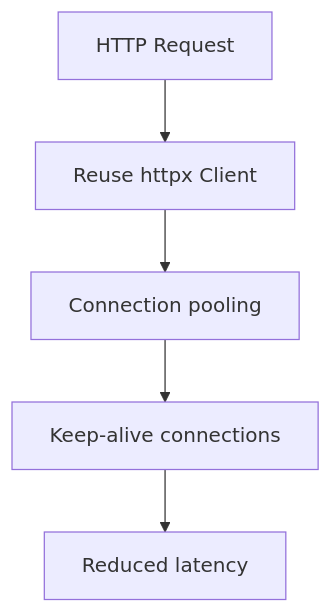
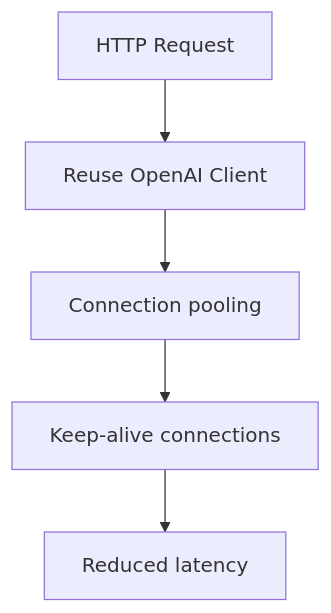
One commit to jslorrma/litellm-codex-oauth-provider changed diagram 18 of 18 in docs/codex-api-integration.md. Above: the diagram before and after it, drawn with Mermaid. The commit also changed other lines of this file and 3 other files, not shown here.

First line of the commit message:
docs: update documentation for OpenAI client architecture

````diff
--- a/docs/codex-api-integration.md
+++ b/docs/codex-api-integration.md
@@ -378,7 +559,7 @@
 ```mermaid
 graph TD
-    A[HTTP Request] --> B[Reuse httpx Client]
+    A[HTTP Request] --> B[Reuse OpenAI Client]
     B --> C[Connection pooling]
     C --> D[Keep-alive connections]
     D --> E[Reduced latency]
 ```
````
